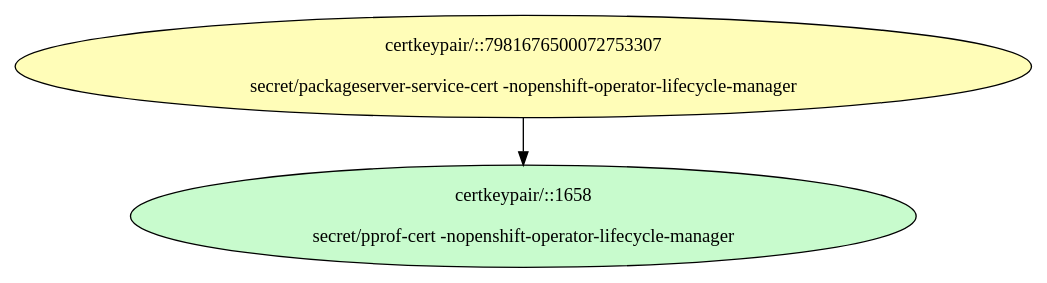
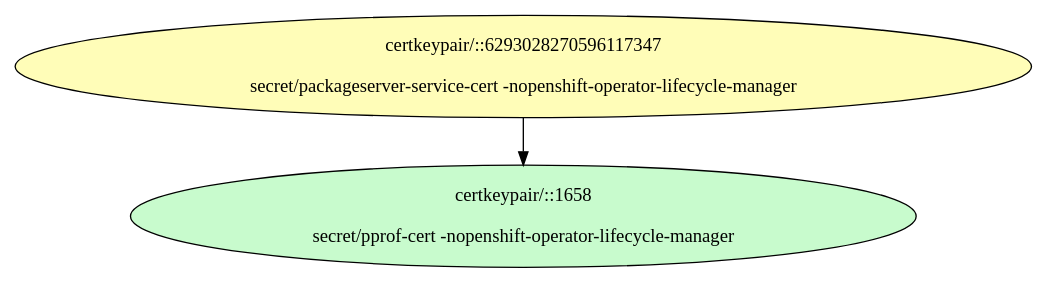
The diagram in tls/docs/Proxy Certificates/subcert-::1658.dot (openshift/api), drawn with Graphviz before and after one commit. The commit also changed 314 other files, not shown here.

```diff
--- a/tls/docs/Proxy Certificates/subcert-::1658.dot
+++ b/tls/docs/Proxy Certificates/subcert-::1658.dot
@@ -1,16 +1,16 @@
 digraph "Local Certificate" {
   // Node definitions.
-  11 [
+  0 [
     label="certkeypair/::1658\n\nsecret/pprof-cert -nopenshift-operator-lifecycle-manager\n"
     style=filled
     fillcolor="#c8fbcd"
   ];
-  12 [
-    label="certkeypair/::7981676500072753307\n\nsecret/packageserver-service-cert -nopenshift-operator-lifecycle-manager\n"
+  15 [
+    label="certkeypair/::6293028270596117347\n\nsecret/packageserver-service-cert -nopenshift-operator-lifecycle-manager\n"
     style=filled
     fillcolor="#fffdb8"
   ];
 
   // Edge definitions.
-  12 -> 11;
+  15 -> 0;
 }
```
